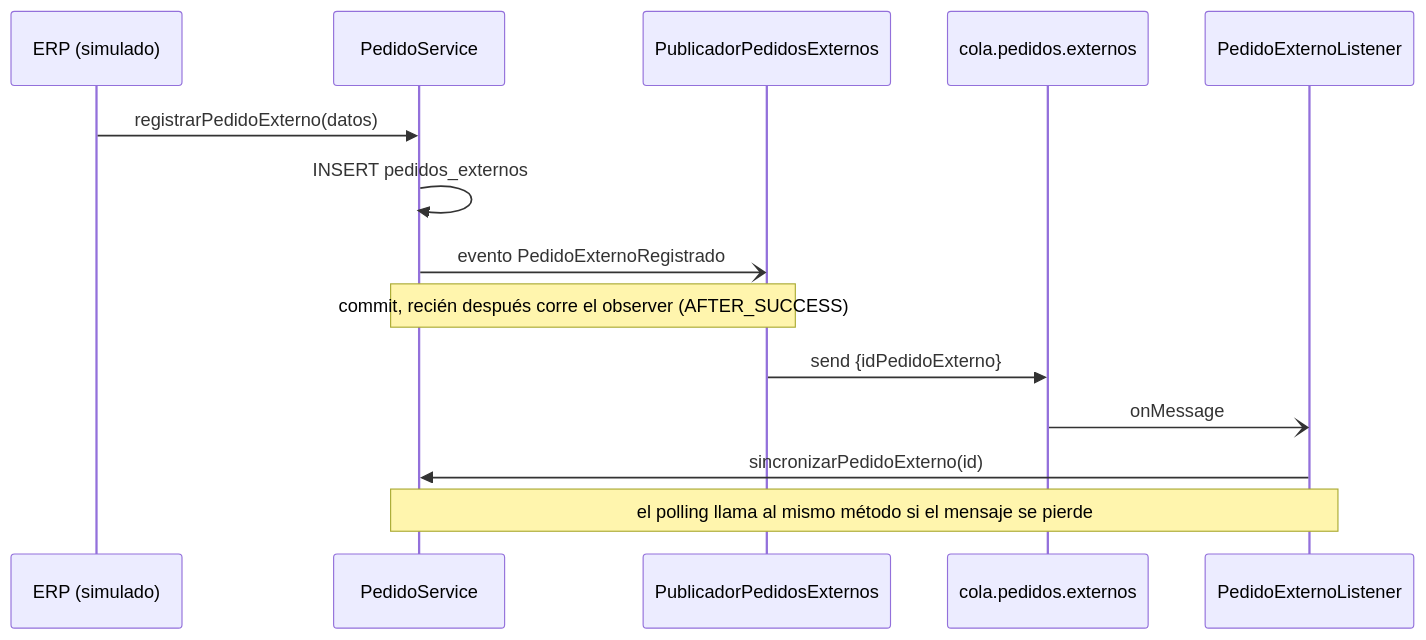
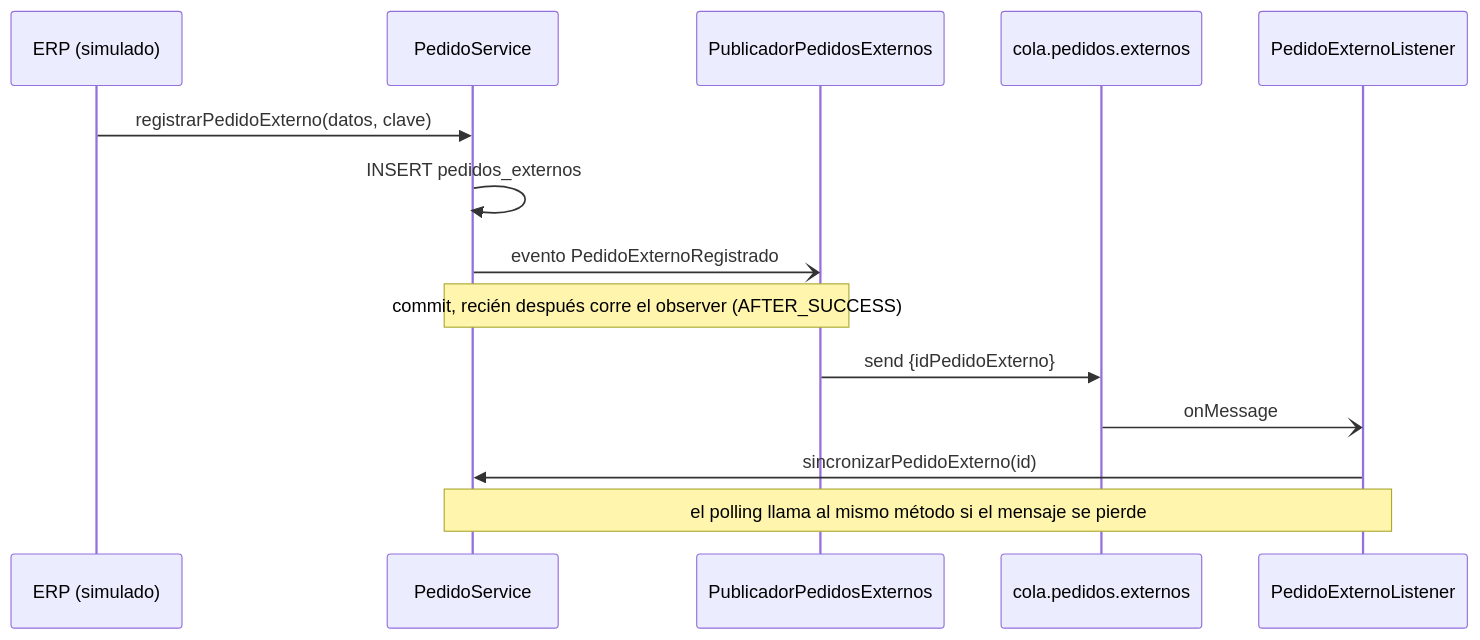
Before and after one commit to feliforte14/Rabbit: the first of 2 diagrams in docs/MENSAJERIA-ASINCRONICA.md, drawn with Mermaid. The commit also changed 39 other files, not shown here.

````diff
--- a/docs/MENSAJERIA-ASINCRONICA.md
+++ b/docs/MENSAJERIA-ASINCRONICA.md
@@ -41,16 +41,16 @@
 ```mermaid
 sequenceDiagram
     participant ERP as ERP (simulado)
     participant PS as PedidoService
     participant Pub as PublicadorPedidosExternos
     participant Q as cola.pedidos.externos
     participant MDB as PedidoExternoListener
-    ERP->>PS: registrarPedidoExterno(datos)
+    ERP->>PS: registrarPedidoExterno(datos, clave)
     PS->>PS: INSERT pedidos_externos
     PS-)Pub: evento PedidoExternoRegistrado
     Note over PS,Pub: commit, recién después corre el observer (AFTER_SUCCESS)
     Pub->>Q: send {idPedidoExterno}
     Q-)MDB: onMessage
     MDB->>PS: sincronizarPedidoExterno(id)
     Note over MDB,PS: el polling llama al mismo método si el mensaje se pierde
 ```
````
